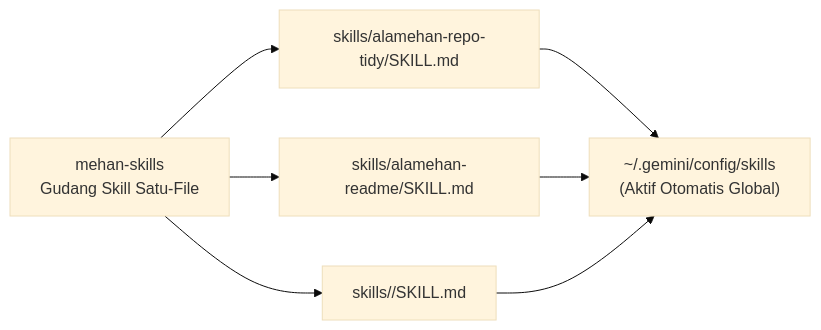
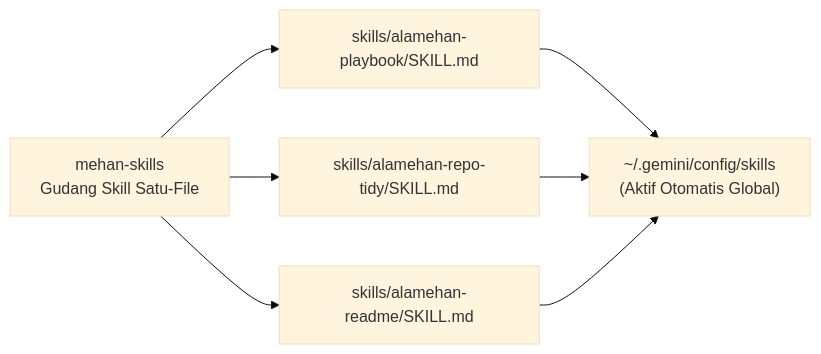
The diagram in README.id.md (alamehan/mehan-skills), drawn with Mermaid (base theme) before and after one commit. The commit also changed other lines of this file and 4 other files, not shown here.

Commit message:
feat(playbook): add universal 12-playbook skill & sync bilingual catalog

````diff
--- a/README.id.md
+++ b/README.id.md
@@ -80,9 +84,9 @@
 ```mermaid
 flowchart LR
-  vault["mehan-skills<br/>Gudang Skill Satu-File"] --> tidy["skills/alamehan-repo-tidy/SKILL.md"]
+  vault["mehan-skills<br/>Gudang Skill Satu-File"] --> play["skills/alamehan-playbook/SKILL.md"]
+  vault --> tidy["skills/alamehan-repo-tidy/SKILL.md"]
   vault --> rdm["skills/alamehan-readme/SKILL.md"]
-  vault --> next["skills/<skill-berikutnya>/SKILL.md"]
-  tidy --> global["~/.gemini/config/skills<br/>(Aktif Otomatis Global)"]
+  play --> global["~/.gemini/config/skills<br/>(Aktif Otomatis Global)"]
+  tidy --> global
   rdm --> global
-  next --> global
 ```
````
